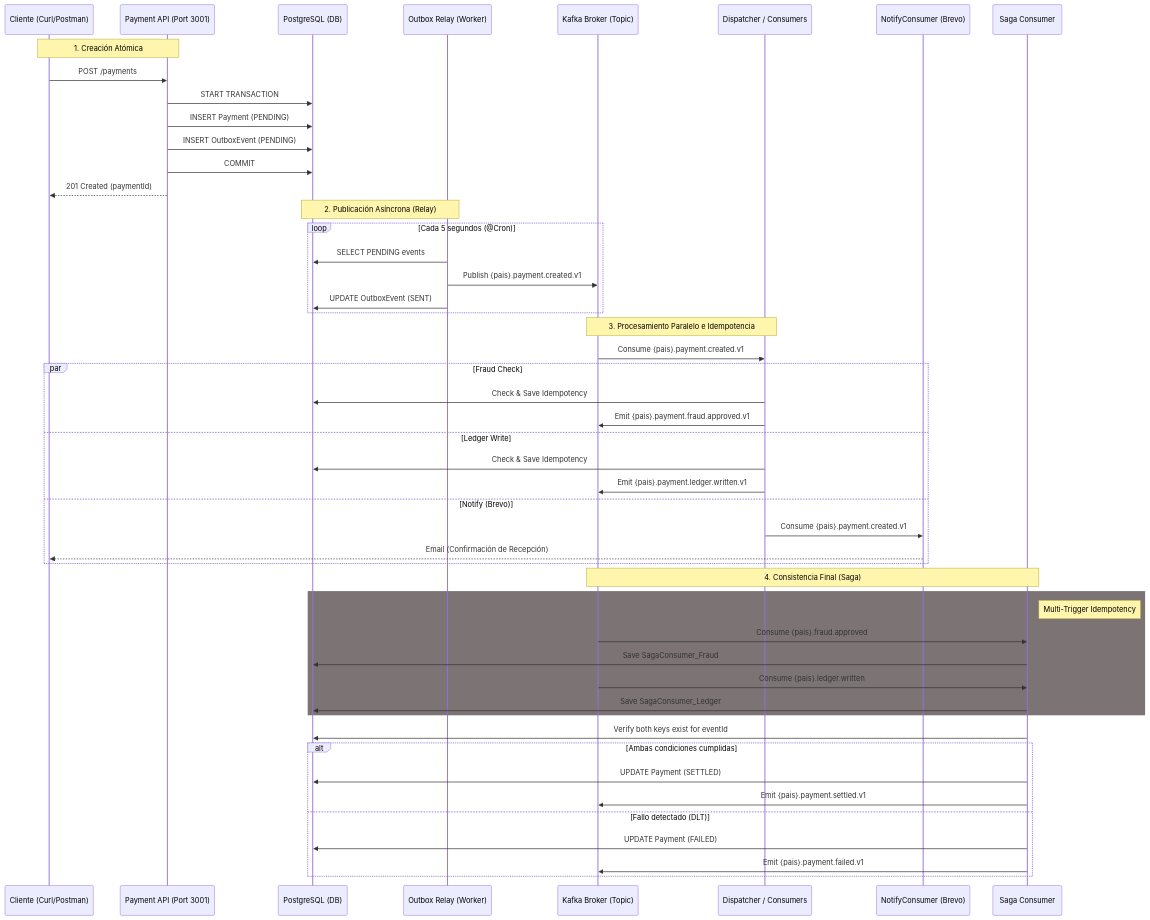
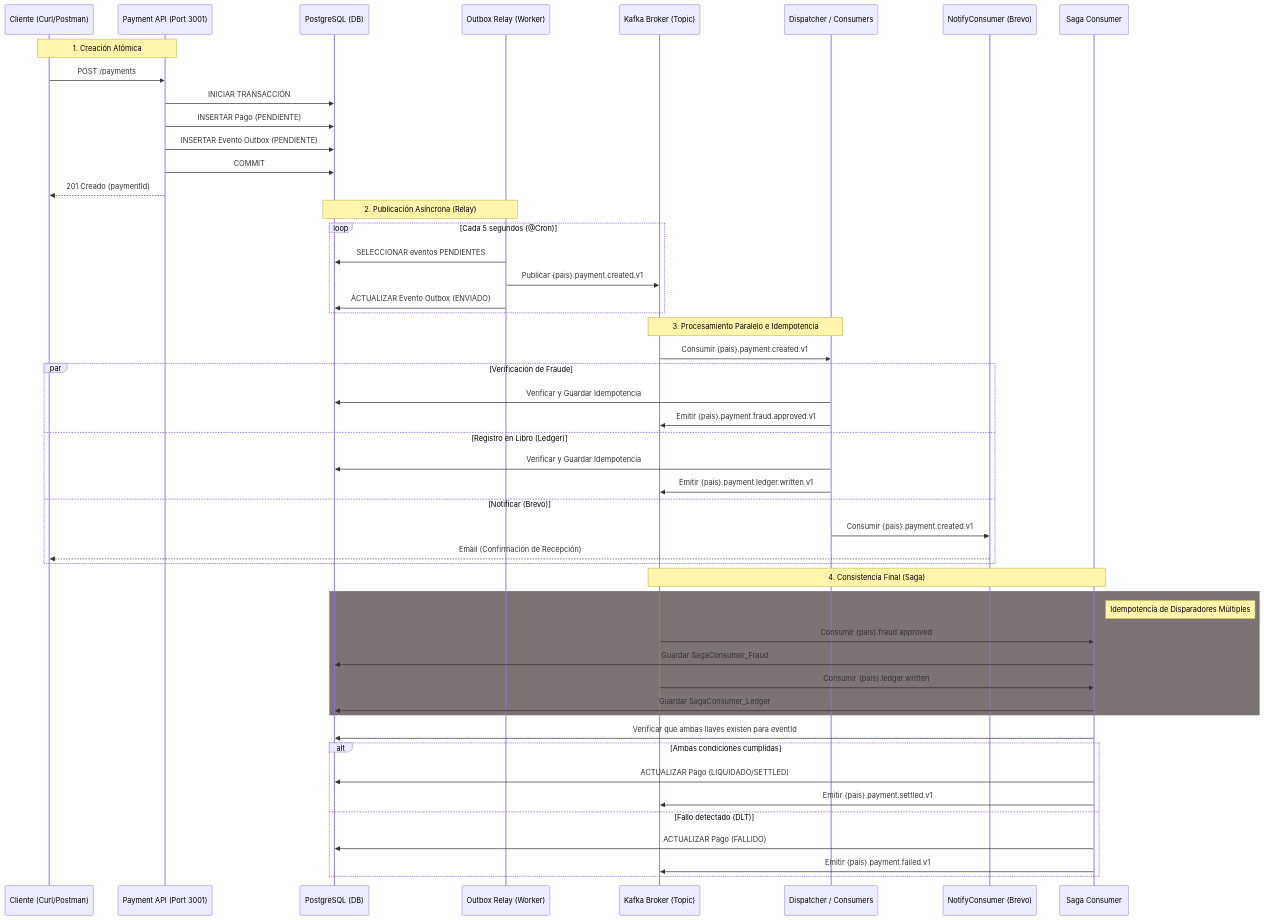
Before and after one commit to yaperos/code-challenge-tl: the first of 2 diagrams in challenge-1/README.md, drawn with Mermaid. The commit also changed other lines of this file, not shown here.

Commit message:
Mejorando diagrama de secuencia

````diff
--- a/challenge-1/README.md
+++ b/challenge-1/README.md
@@ -11,56 +11,56 @@
 ```mermaid
 sequenceDiagram
     participant C as Cliente (Curl/Postman)
     participant API as Payment API (Port 3001)
     participant DB as PostgreSQL (DB)
     participant R as Outbox Relay (Worker)
     participant K as Kafka Broker (Topic)
     participant D as Dispatcher / Consumers
     participant N as NotifyConsumer (Brevo)
     participant S as Saga Consumer
 
     Note over C,API: 1. Creación Atómica
     C->>API: POST /payments
-    API->>DB: START TRANSACTION
-    API->>DB: INSERT Payment (PENDING)
-    API->>DB: INSERT OutboxEvent (PENDING)
+    API->>DB: INICIAR TRANSACCIÓN
+    API->>DB: INSERTAR Pago (PENDIENTE)
+    API->>DB: INSERTAR Evento Outbox (PENDIENTE)
     API->>DB: COMMIT
-    API-->>C: 201 Created (paymentId)
+    API-->>C: 201 Creado (paymentId)
 
     Note over R,DB: 2. Publicación Asíncrona (Relay)
     loop Cada 5 segundos (@Cron)
-        R->>DB: SELECT PENDING events
-        R->>K: Publish {pais}.payment.created.v1
-        R->>DB: UPDATE OutboxEvent (SENT)
+        R->>DB: SELECCIONAR eventos PENDIENTES
+        R->>K: Publicar {pais}.payment.created.v1
+        R->>DB: ACTUALIZAR Evento Outbox (ENVIADO)
     end
 
     Note over K,D: 3. Procesamiento Paralelo e Idempotencia
-    K->>D: Consume {pais}.payment.created.v1
-    par Fraud Check
-        D->>DB: Check & Save Idempotency
-        D->>K: Emit {pais}.payment.fraud.approved.v1
-    and Ledger Write
-        D->>DB: Check & Save Idempotency
-        D->>K: Emit {pais}.payment.ledger.written.v1
-    and Notify (Brevo)
-        D->>N: Consume {pais}.payment.created.v1
+    K->>D: Consumir {pais}.payment.created.v1
+    par Verificación de Fraude
+        D->>DB: Verificar y Guardar Idempotencia
+        D->>K: Emitir {pais}.payment.fraud.approved.v1
+    and Registro en Libro (Ledger)
+        D->>DB: Verificar y Guardar Idempotencia
+        D->>K: Emitir {pais}.payment.ledger.written.v1
+    and Notificar (Brevo)
+        D->>N: Consumir {pais}.payment.created.v1
         N-->>C: Email (Confirmación de Recepción)
     end
 
     Note over K,S: 4. Consistencia Final (Saga)
     rect rgba(124, 116, 116, 1)
-        Note right of S: Multi-Trigger Idempotency
-        K->>S: Consume {pais}.fraud.approved
-        S->>DB: Save SagaConsumer_Fraud
-        K->>S: Consume {pais}.ledger.written
-        S->>DB: Save SagaConsumer_Ledger
+        Note right of S: Idempotencia de Disparadores Múltiples
+        K->>S: Consumir {pais}.fraud.approved
+        S->>DB: Guardar SagaConsumer_Fraud
+        K->>S: Consumir {pais}.ledger.written
+        S->>DB: Guardar SagaConsumer_Ledger
     end
-    S->>DB: Verify both keys exist for eventId
+    S->>DB: Verificar que ambas llaves existen para eventId
     alt Ambas condiciones cumplidas
-        S->>DB: UPDATE Payment (SETTLED)
-        S->>K: Emit {pais}.payment.settled.v1
+        S->>DB: ACTUALIZAR Pago (LIQUIDADO/SETTLED)
+        S->>K: Emitir {pais}.payment.settled.v1
     else Fallo detectado (DLT)
-        S->>DB: UPDATE Payment (FAILED)
-        S->>K: Emit {pais}.payment.failed.v1
+        S->>DB: ACTUALIZAR Pago (FALLIDO)
+        S->>K: Emitir {pais}.payment.failed.v1
     end
 ```
````
